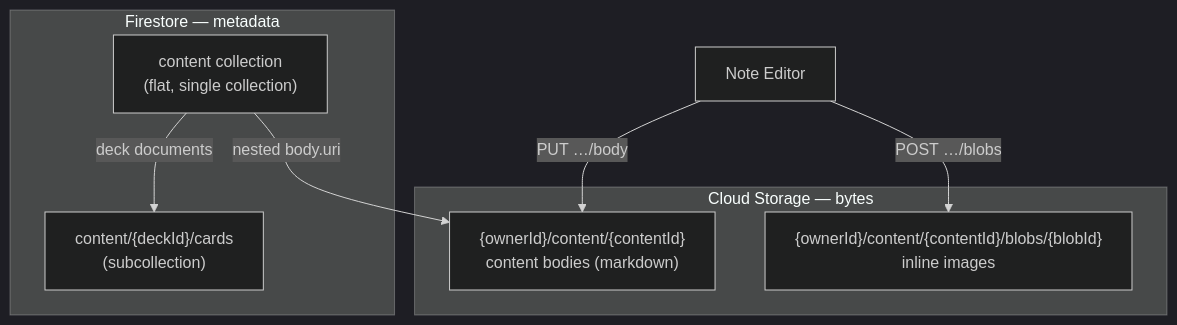
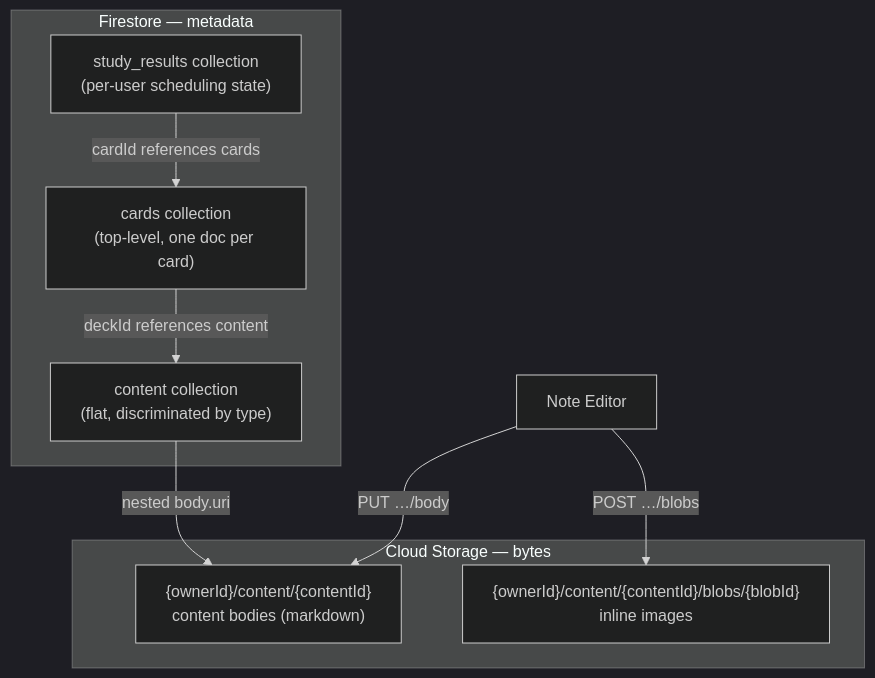
Before and after one commit to joaopmafra/sapie: the first of 2 diagrams in docs/dev/storage_model.md, drawn with Mermaid (dark theme). The commit also changed other lines of this file and 25 other files, not shown here.

````diff
--- a/docs/dev/storage_model.md
+++ b/docs/dev/storage_model.md
@@ -9,17 +9,19 @@
 ```mermaid
 graph TB
     subgraph Firestore["Firestore — metadata"]
-        CONTENT["content collection<br/>(flat, single collection)"]
-        CARDS["content/{deckId}/cards<br/>(subcollection)"]
+        CONTENT["content collection<br/>(flat, discriminated by type)"]
+        CARDS["cards collection<br/>(top-level, one doc per card)"]
+        STUDY_RESULTS["study_results collection<br/>(per-user scheduling state)"]
     end
 
     subgraph GCS["Cloud Storage — bytes"]
         BODY["{ownerId}/content/{contentId}<br/>content bodies (markdown)"]
         BLOBS["{ownerId}/content/{contentId}/blobs/{blobId}<br/>inline images"]
     end
 
     CONTENT -->|"nested body.uri"| BODY
-    CONTENT -->|"deck documents"| CARDS
+    CARDS -->|"deckId references content"| CONTENT
+    STUDY_RESULTS -->|"cardId references cards"| CARDS
     NOTE_EDITOR["Note Editor"] -->|"PUT …/body"| BODY
     NOTE_EDITOR -->|"POST …/blobs"| BLOBS
 ```
````
